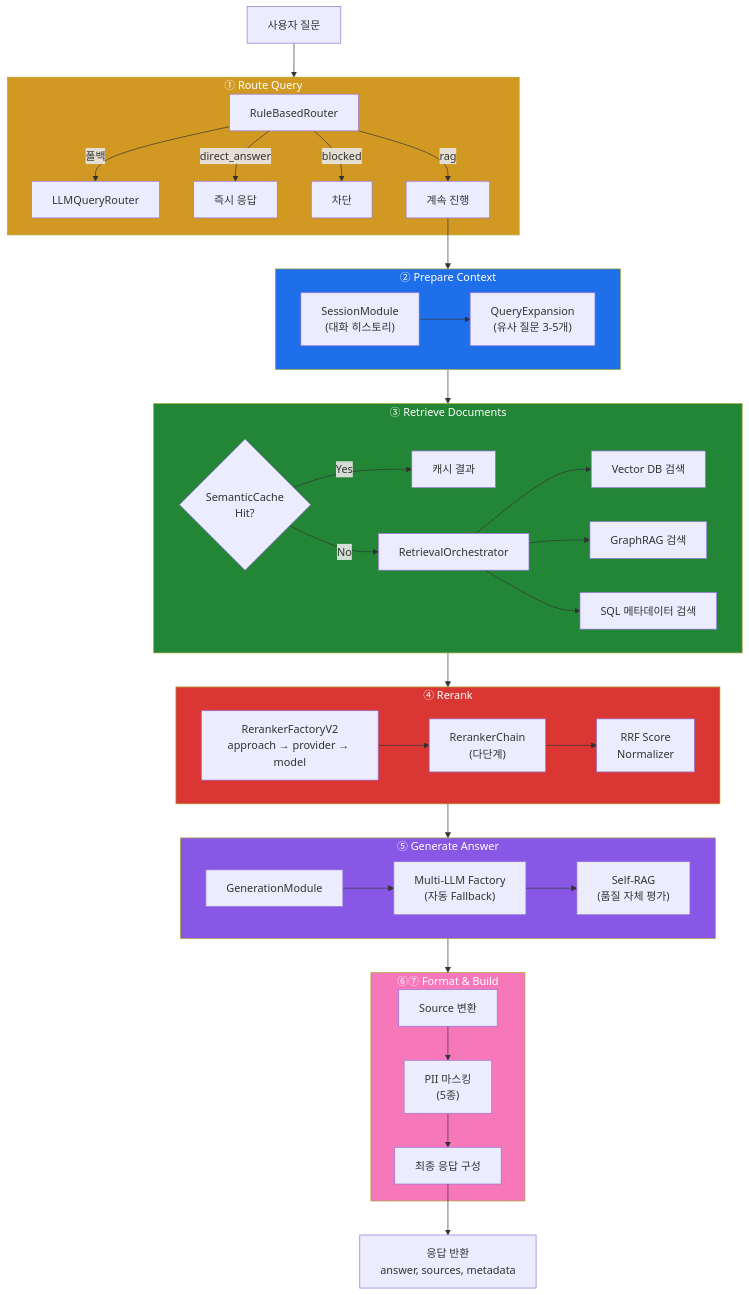
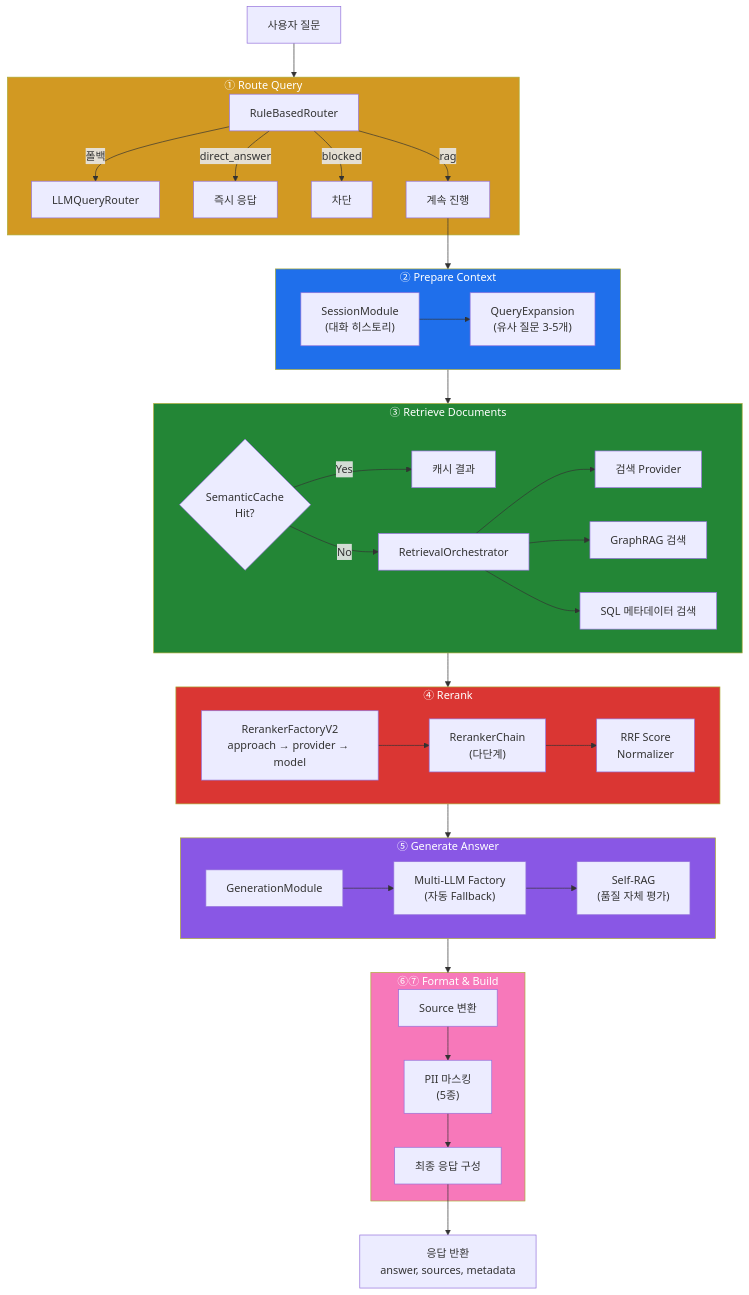
One commit to notadev-iamaura/OneRAG changed the second of 10 diagrams in docs/ARCHITECTURE.md. Above: the diagram before and after it, drawn with Mermaid. The commit also changed other lines of this file and 6 other files, not shown here.

````diff
--- a/docs/ARCHITECTURE.md
+++ b/docs/ARCHITECTURE.md
@@ -65,67 +65,67 @@
 ```mermaid
 flowchart TB
     Q["사용자 질문"] --> S1
 
     subgraph S1["① Route Query"]
         RBR["RuleBasedRouter"] -->|"폴백"| LQR["LLMQueryRouter"]
         RBR -->|"direct_answer"| IMM["즉시 응답"]
         RBR -->|"blocked"| BLK["차단"]
         RBR -->|"rag"| CONT["계속 진행"]
     end
 
     CONT --> S2
 
     subgraph S2["② Prepare Context"]
         SESS["SessionModule<br/>(대화 히스토리)"]
         QE["QueryExpansion<br/>(유사 질문 3-5개)"]
         SESS --> QE
     end
 
     S2 --> S3
 
     subgraph S3["③ Retrieve Documents"]
         SC{"SemanticCache<br/>Hit?"}
         SC -->|"Yes"| CACHED["캐시 결과"]
         SC -->|"No"| RO["RetrievalOrchestrator"]
 
-        RO --> VDB["Vector DB 검색"]
+        RO --> VDB["검색 Provider"]
         RO --> GR["GraphRAG 검색"]
         RO --> SQL["SQL 메타데이터 검색"]
     end
 
     S3 --> S4
 
     subgraph S4["④ Rerank"]
         RF["RerankerFactoryV2<br/>approach → provider → model"]
         RC["RerankerChain<br/>(다단계)"]
         RRF["RRF Score<br/>Normalizer"]
         RF --> RC --> RRF
     end
 
     S4 --> S5
 
     subgraph S5["⑤ Generate Answer"]
         GEN["GenerationModule"]
         LLM["Multi-LLM Factory<br/>(자동 Fallback)"]
         SRAG["Self-RAG<br/>(품질 자체 평가)"]
         GEN --> LLM --> SRAG
     end
 
     S5 --> S6
 
     subgraph S6["⑥⑦ Format & Build"]
         FMT["Source 변환"]
         PII["PII 마스킹<br/>(5종)"]
         BUILD["최종 응답 구성"]
         FMT --> PII --> BUILD
     end
 
     BUILD --> RES["응답 반환<br/>answer, sources, metadata"]
 
     style S1 fill:#d29922,color:#fff
     style S2 fill:#1f6feb,color:#fff
     style S3 fill:#238636,color:#fff
     style S4 fill:#da3633,color:#fff
     style S5 fill:#8957e5,color:#fff
     style S6 fill:#f778ba,color:#fff
 ```
````
